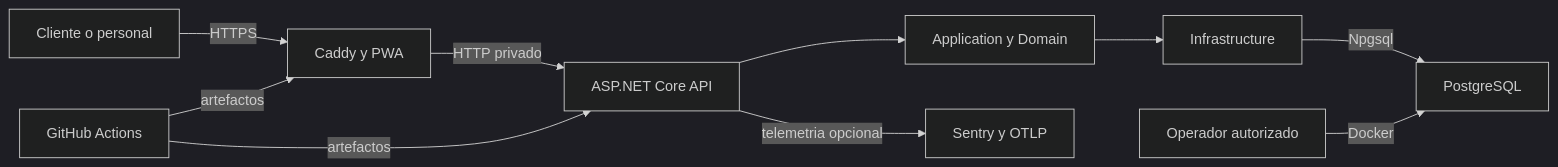
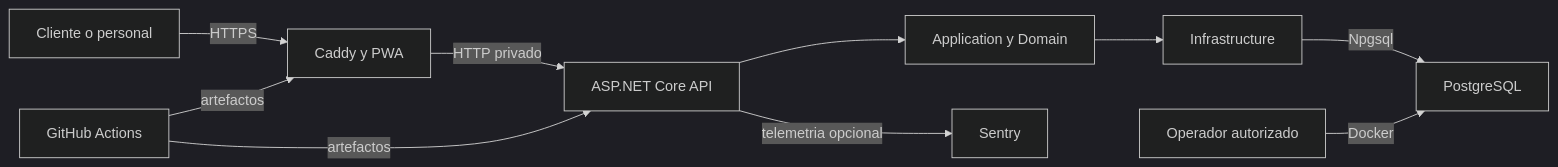
Before and after one commit to albertoamas/lou-barbershop: the diagram in docs/tecnica/modelo-de-amenazas.md, drawn with Mermaid (dark theme). The commit also changed other lines of this file and 12 other files, not shown here.

````diff
--- a/docs/tecnica/modelo-de-amenazas.md
+++ b/docs/tecnica/modelo-de-amenazas.md
@@ -41,12 +41,12 @@
 ```mermaid
 flowchart LR
   U["Cliente o personal"] -->|HTTPS| W["Caddy y PWA"]
   W -->|HTTP privado| A["ASP.NET Core API"]
   A --> C["Application y Domain"]
   C --> I["Infrastructure"]
   I -->|Npgsql| D["PostgreSQL"]
-  A -->|telemetria opcional| O["Sentry y OTLP"]
+  A -->|telemetria opcional| O["Sentry"]
   P["Operador autorizado"] -->|Docker| D
   G["GitHub Actions"] -->|artefactos| W
   G -->|artefactos| A
 ```
````
